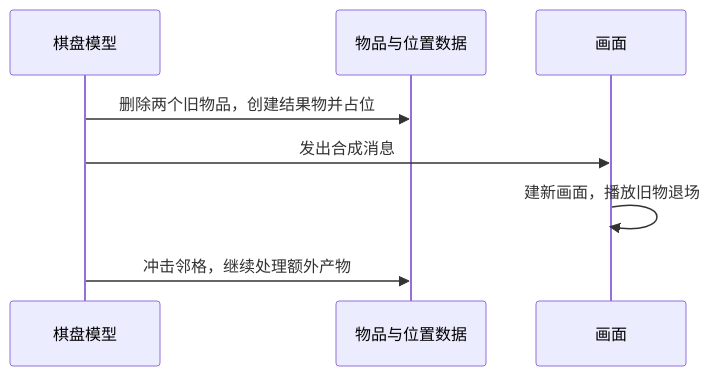
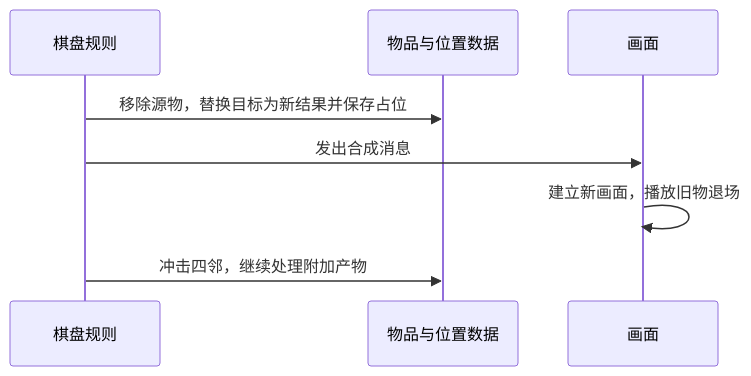
One commit to LIQIANGEASTSUN/MergeTwo changed the diagram in 参考项目/GossipHarbor_3.99.0/_分析实现方案/02_功能扩展与执行流程.md. Above: the diagram before and after it, drawn with Mermaid. The commit also changed other lines of this file and 54 other files, not shown here.

````diff
--- a/参考项目/GossipHarbor_3.99.0/_分析实现方案/02_功能扩展与执行流程.md
+++ b/参考项目/GossipHarbor_3.99.0/_分析实现方案/02_功能扩展与执行流程.md
@@ -152,10 +42,10 @@
 ```mermaid
 sequenceDiagram
-    participant B as 棋盘模型
+    participant B as 棋盘规则
     participant D as 物品与位置数据
     participant V as 画面
-    B->>D: 删除两个旧物品，创建结果物并占位
+    B->>D: 移除源物，替换目标为新结果并保存占位
     B->>V: 发出合成消息
-    V->>V: 建新画面，播放旧物退场
-    B->>D: 冲击邻格，继续处理额外产物
+    V->>V: 建立新画面，播放旧物退场
+    B->>D: 冲击四邻，继续处理附加产物
 ```
````
